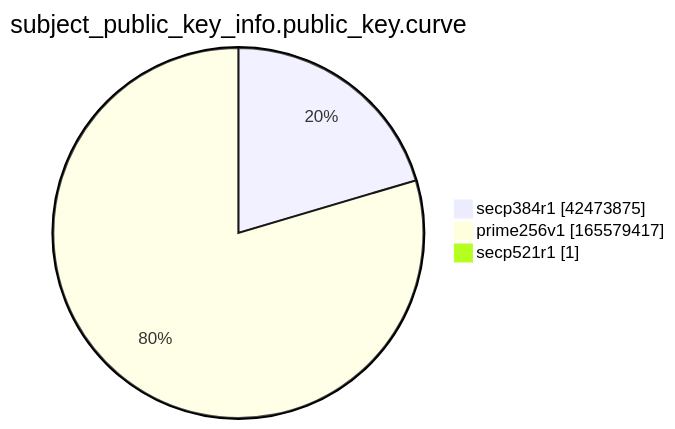
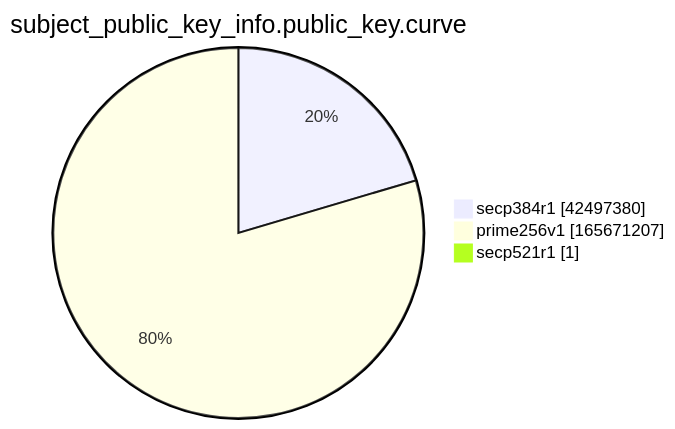
The ninth of 15 diagrams in xenon2022/README.md (christiankrug/ctmonitor_visualization), drawn with Mermaid before and after one commit. The commit also changed other lines of this file, not shown here.

````diff
--- a/xenon2022/README.md
+++ b/xenon2022/README.md
@@ -2869,7 +2869,7 @@
 ```mermaid
 pie showData
 title subject_public_key_info.public_key.curve
-"secp384r1" :42473875
-"prime256v1" :165579417
+"secp384r1" :42497380
+"prime256v1" :165671207
 "secp521r1" :1
 ```
````
